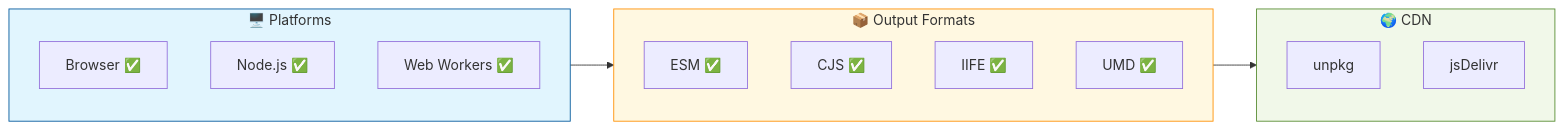
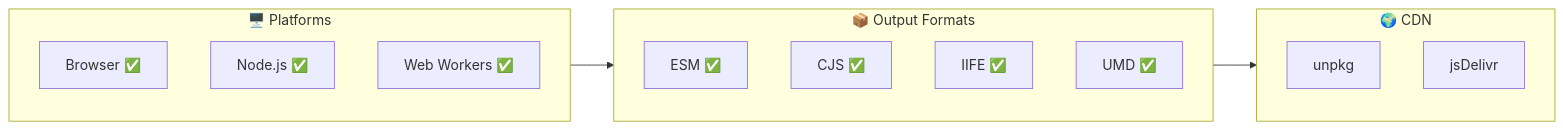
One commit to AndrewRedican/hyperfrontend changed the second of 2 diagrams in LIBRARY_COMPATIBILITY.md. Above: the diagram before and after it, drawn with Mermaid. The commit also changed other lines of this file, not shown here.

````diff
--- a/LIBRARY_COMPATIBILITY.md
+++ b/LIBRARY_COMPATIBILITY.md
@@ -359,30 +374,26 @@
 ```mermaid
 flowchart LR
     subgraph PLATFORMS["🖥️ Platforms"]
         direction TB
         Browser["Browser ✅"]
         NodeJS["Node.js ✅"]
         Workers["Web Workers ✅"]
     end
 
     subgraph FORMATS["📦 Output Formats"]
         direction TB
         ESM["ESM ✅"]
         CJS["CJS ✅"]
         IIFE["IIFE ✅"]
         UMD["UMD ✅"]
     end
 
     subgraph CDN["🌍 CDN"]
         direction TB
         unpkg["unpkg"]
         jsdelivr["jsDelivr"]
     end
 
     PLATFORMS --> FORMATS
     FORMATS --> CDN
-
-    style PLATFORMS fill:#e1f5fe,stroke:#01579b
-    style FORMATS fill:#fff8e1,stroke:#ff8f00
-    style CDN fill:#f1f8e9,stroke:#558b2f
 ```
````
